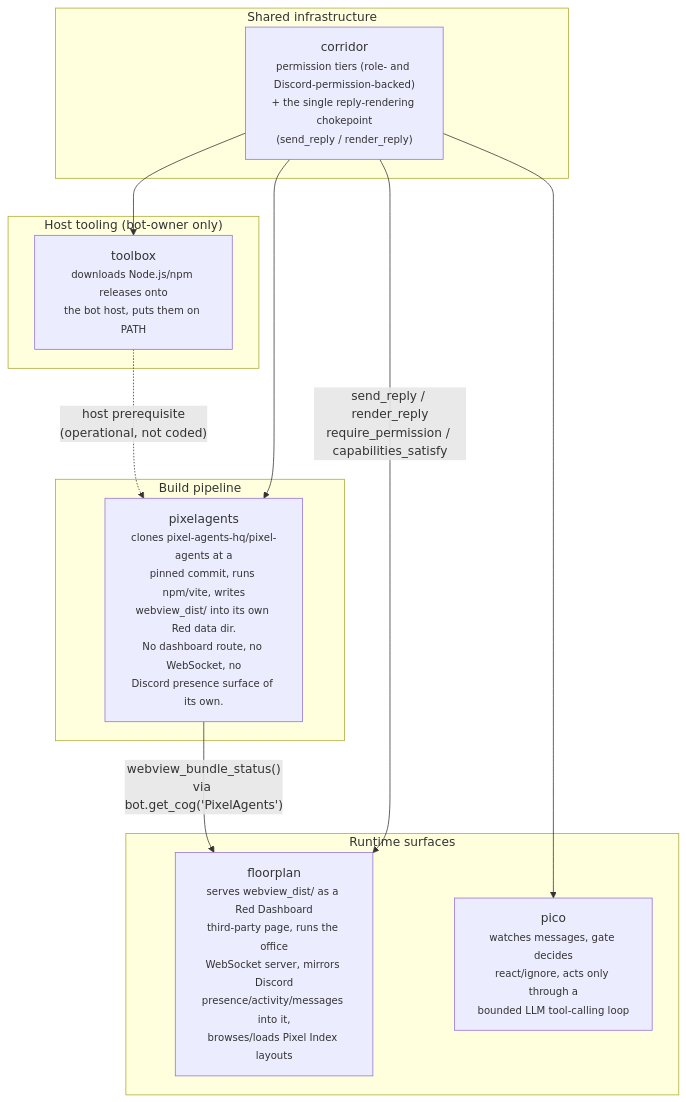
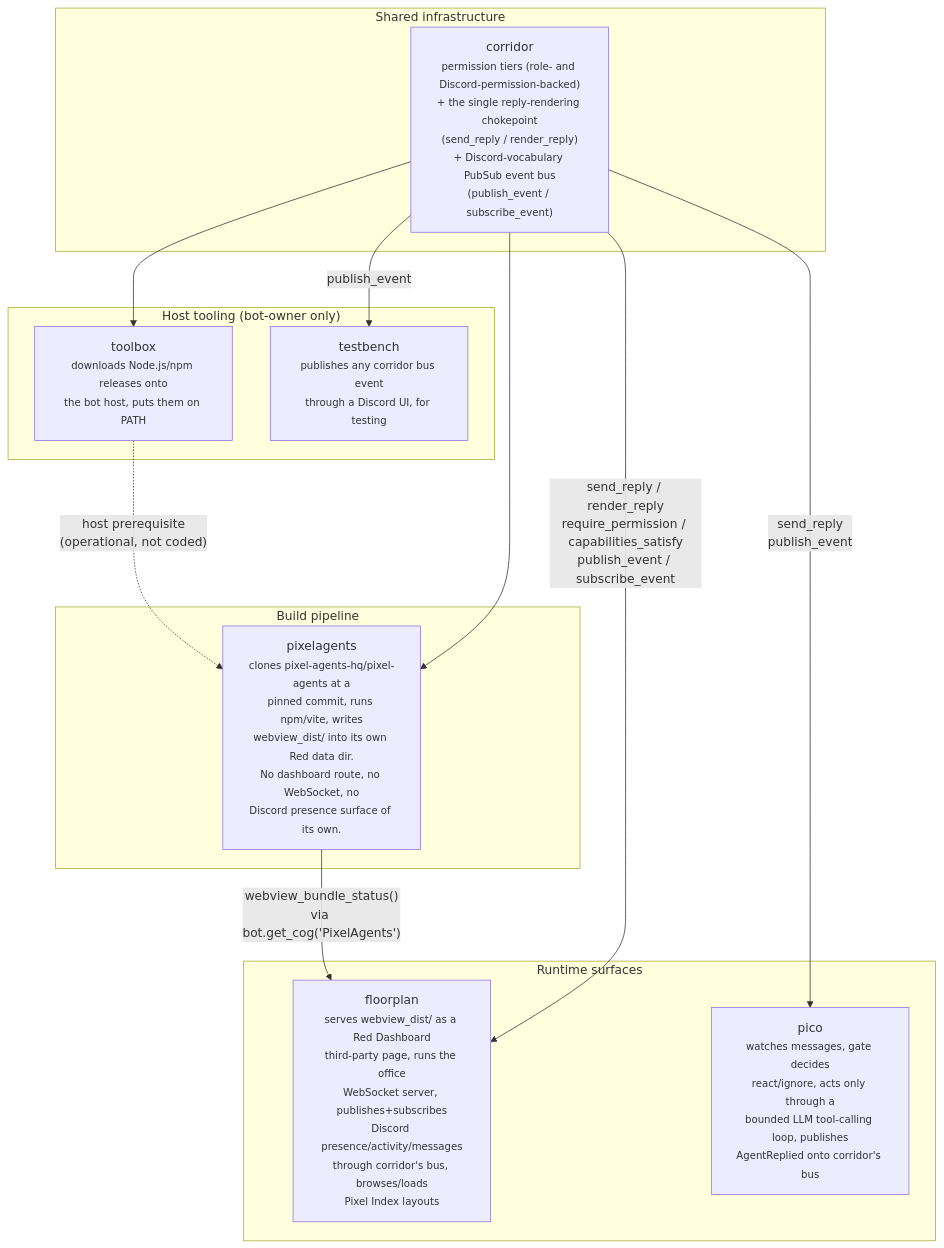
One commit to pixel-agents-hq/pixel-agents-cogs changed the second of 7 diagrams in docs/architecture.md. Above: the diagram before and after it, drawn with Mermaid. The commit also changed other lines of this file and 17 other files, not shown here.

````diff
--- a/docs/architecture.md
+++ b/docs/architecture.md
@@ -72,26 +75,28 @@
 ```mermaid
 flowchart TB
     subgraph shared["Shared infrastructure"]
-        corridor["corridor<br/><small>permission tiers (role- and Discord-permission-backed)<br/>+ the single reply-rendering chokepoint<br/>(send_reply / render_reply)</small>"]
+        corridor["corridor<br/><small>permission tiers (role- and Discord-permission-backed)<br/>+ the single reply-rendering chokepoint<br/>(send_reply / render_reply)<br/>+ Discord-vocabulary PubSub event bus<br/>(publish_event / subscribe_event)</small>"]
     end
 
     subgraph host["Host tooling (bot-owner only)"]
         toolbox["toolbox<br/><small>downloads Node.js/npm releases onto<br/>the bot host, puts them on PATH</small>"]
+        testbench["testbench<br/><small>publishes any corridor bus event<br/>through a Discord UI, for testing</small>"]
     end
 
     subgraph build["Build pipeline"]
         pixelagents["pixelagents<br/><small>clones pixel-agents-hq/pixel-agents at a<br/>pinned commit, runs npm/vite, writes<br/>webview_dist/ into its own Red data dir.<br/>No dashboard route, no WebSocket, no<br/>Discord presence surface of its own.</small>"]
     end
 
     subgraph serve["Runtime surfaces"]
-        floorplan["floorplan<br/><small>serves webview_dist/ as a Red Dashboard<br/>third-party page, runs the office<br/>WebSocket server, mirrors Discord<br/>presence/activity/messages into it,<br/>browses/loads Pixel Index layouts</small>"]
-        pico["pico<br/><small>watches messages, gate decides<br/>react/ignore, acts only through a<br/>bounded LLM tool-calling loop</small>"]
+        floorplan["floorplan<br/><small>serves webview_dist/ as a Red Dashboard<br/>third-party page, runs the office<br/>WebSocket server, publishes+subscribes<br/>Discord presence/activity/messages<br/>through corridor's bus, browses/loads<br/>Pixel Index layouts</small>"]
+        pico["pico<br/><small>watches messages, gate decides<br/>react/ignore, acts only through a<br/>bounded LLM tool-calling loop, publishes<br/>AgentReplied onto corridor's bus</small>"]
     end
 
     toolbox -.->|"host prerequisite<br/>(operational, not coded)"| pixelagents
     pixelagents -->|"webview_bundle_status()<br/>via bot.get_cog('PixelAgents')"| floorplan
-    corridor -->|"send_reply / render_reply<br/>require_permission / capabilities_satisfy"| floorplan
-    corridor --> pico
+    corridor -->|"send_reply / render_reply<br/>require_permission / capabilities_satisfy<br/>publish_event / subscribe_event"| floorplan
+    corridor -->|"send_reply<br/>publish_event"| pico
     corridor --> pixelagents
     corridor --> toolbox
+    corridor -->|publish_event| testbench
 ```
````
